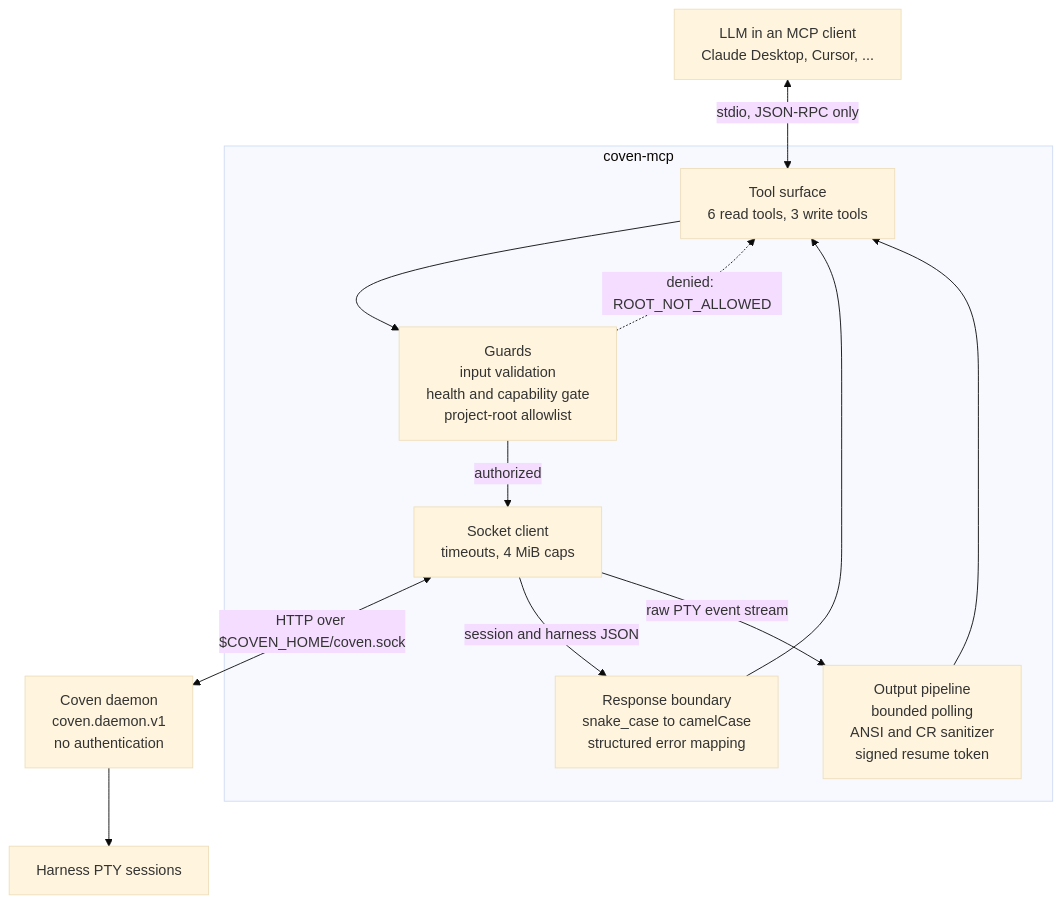
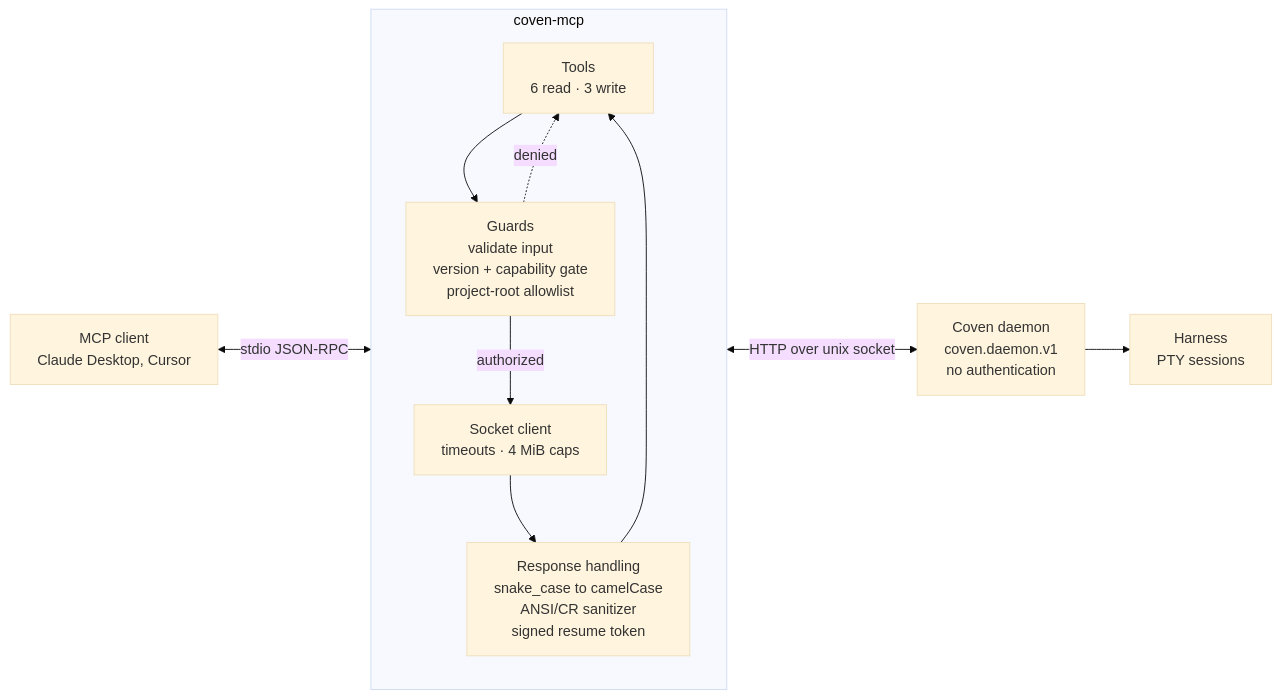
The diagram in README.md (snowopsdev/coven-mcp), drawn with Mermaid (base theme) before and after one commit. The commit also changed other lines of this file, not shown here.

Commit message:
docs: reorient the architecture diagram left to right
Switches the flowchart from top-down to left-to-right and cleans up the
node set. Rendered each candidate to a PNG and looked at it rather than
only checking that it parsed, which caught two layouts that parsed fine
but read badly: the first put the MCP client on the right with the flow
running backwards, and a later one stretched to a 9:1 strip that would
be unreadable at GitHub's column width.

The shape that works keeps the outer flow left to right — client, then
the server box, then the daemon and its PTY sessions — while stacking
the internals top-down so the request loop (tools, guards, socket,
response handling, back to tools) has no crossing edges. Final aspect
ratio is 1.8:1 instead of 7:1.

Merges the separate normalizer and output-pipeline nodes into one
response-handling stage, which removes the last edge crossing; the
prose below the diagram now carries that distinction instead. Also
retitles the surrounding text, since 'travelling down' no longer
describes the layout.

````diff
--- a/README.md
+++ b/README.md
@@ -55,26 +55,24 @@
 ```mermaid
-flowchart TB
-    agent["LLM in an MCP client<br/>Claude Desktop, Cursor, ..."]
+flowchart LR
+    agent["MCP client<br/>Claude Desktop, Cursor"]
 
     subgraph mcp["coven-mcp"]
-        tools["Tool surface<br/>6 read tools, 3 write tools"]
-        guard["Guards<br/>input validation<br/>health and capability gate<br/>project-root allowlist"]
-        socket["Socket client<br/>timeouts, 4 MiB caps"]
-        boundary["Response boundary<br/>snake_case to camelCase<br/>structured error mapping"]
-        pipeline["Output pipeline<br/>bounded polling<br/>ANSI and CR sanitizer<br/>signed resume token"]
+        direction TB
+        tools["Tools<br/>6 read · 3 write"]
+        guard["Guards<br/>validate input<br/>version + capability gate<br/>project-root allowlist"]
+        socket["Socket client<br/>timeouts · 4 MiB caps"]
+        resp["Response handling<br/>snake_case to camelCase<br/>ANSI/CR sanitizer<br/>signed resume token"]
     end
 
     daemon["Coven daemon<br/>coven.daemon.v1<br/>no authentication"]
-    pty["Harness PTY sessions"]
+    pty["Harness<br/>PTY sessions"]
 
-    agent <-->|"stdio, JSON-RPC only"| tools
+    agent <-->|"stdio JSON-RPC"| tools
     tools --> guard
-    guard -.->|"denied: ROOT_NOT_ALLOWED"| tools
+    guard -.->|"denied"| tools
     guard -->|"authorized"| socket
-    socket <-->|"HTTP over $COVEN_HOME/coven.sock"| daemon
+    socket <-->|"HTTP over unix socket"| daemon
     daemon --> pty
-    socket -->|"session and harness JSON"| boundary
-    socket -->|"raw PTY event stream"| pipeline
-    boundary --> tools
-    pipeline --> tools
+    socket --> resp
+    resp --> tools
 ```
````
